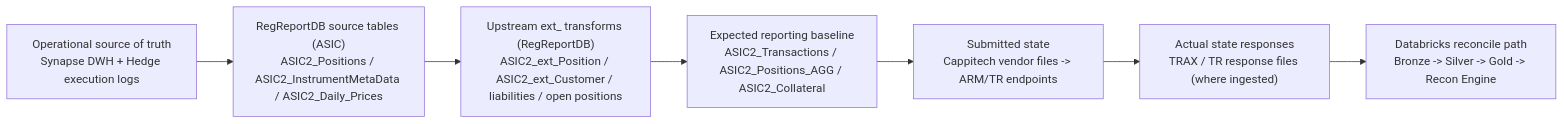
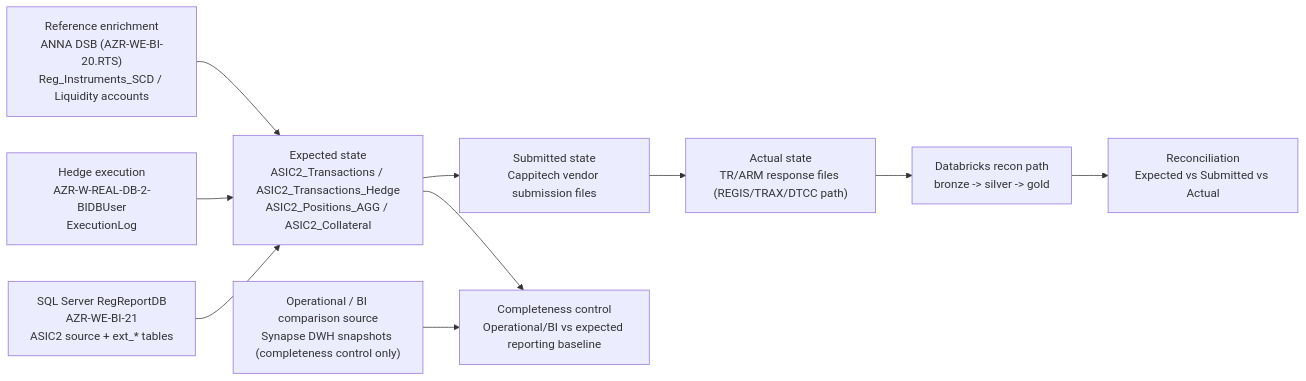
The diagram in docs/reporting-model-asic-data-sources.md (valentinosko-hub/RegTech), drawn with Mermaid before and after one commit. The commit also changed 19 other files, not shown here.

Commit message:
Use <br/> line breaks and fix direct-reporting control semantics

````diff
--- a/docs/reporting-model-asic-data-sources.md
+++ b/docs/reporting-model-asic-data-sources.md
@@ -3,9 +3,21 @@
 ```mermaid
 flowchart LR
-  A1["Operational source of truth<br/>Synapse DWH + Hedge execution logs"] --> A2["RegReportDB source tables (ASIC)<br/>ASIC2_Positions / ASIC2_InstrumentMetaData / ASIC2_Daily_Prices"]
-  A2 --> A3["Upstream ext_ transforms (RegReportDB)<br/>ASIC2_ext_Position / ASIC2_ext_Customer / liabilities / open positions"]
-  A3 --> A4["Expected reporting baseline<br/>ASIC2_Transactions / ASIC2_Positions_AGG / ASIC2_Collateral"]
-  A4 --> A5["Submitted state<br/>Cappitech vendor files -> ARM/TR endpoints"]
-  A5 --> A6["Actual state responses<br/>TRAX / TR response files (where ingested)"]
-  A6 --> A7["Databricks reconcile path<br/>Bronze -> Silver -> Gold -> Recon Engine"]
+  OBI["Operational / BI comparison source<br/>Synapse DWH snapshots (completeness control only)"]
+  SRC2["SQL Server RegReportDB<br/>AZR-WE-BI-21<br/>ASIC2 source + ext_* tables"]
+  SRC3["Hedge execution<br/>AZR-W-REAL-DB-2-BIDBUser<br/>ExecutionLog"]
+  SRC4["Reference enrichment<br/>ANNA DSB (AZR-WE-BI-20.RTS)<br/>Reg_Instruments_SCD / Liquidity accounts"]
+
+  EXP["Expected state<br/>ASIC2_Transactions / ASIC2_Transactions_Hedge<br/>ASIC2_Positions_AGG / ASIC2_Collateral"]
+  SUB["Submitted state<br/>Cappitech vendor submission files"]
+  ACT["Actual state<br/>TR/ARM response files (REGIS/TRAX/DTCC path)"]
+  DBX["Databricks recon path<br/>bronze -> silver -> gold"]
+  REC["Reconciliation<br/>Expected vs Submitted vs Actual"]
+  CMP["Completeness control<br/>Operational/BI vs expected reporting baseline"]
+
+  SRC2 --> EXP
+  SRC3 --> EXP
+  SRC4 --> EXP
+  EXP --> SUB --> ACT --> DBX --> REC
+  OBI --> CMP
+  EXP --> CMP
 ```
````
